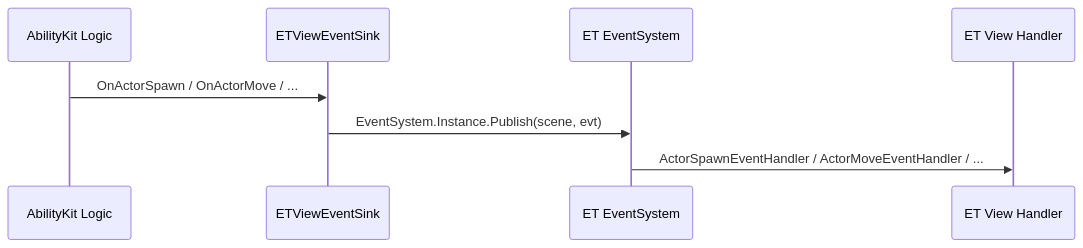
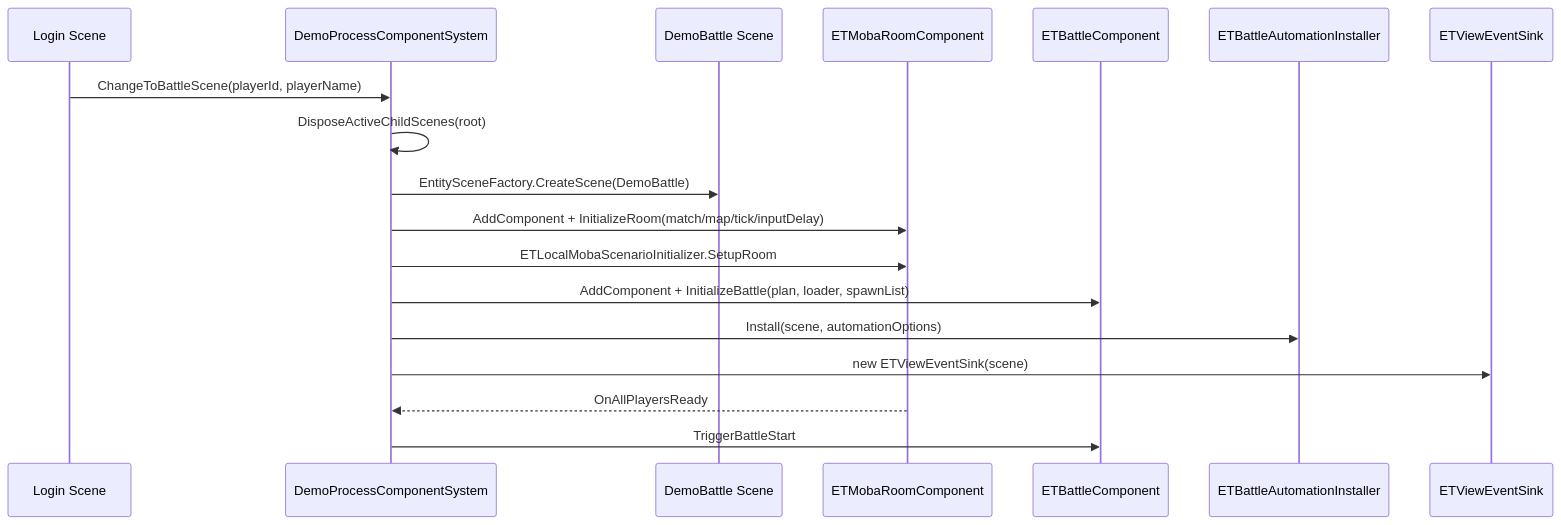
One commit to Kurumioi/AbilityKit changed the first of 9 diagrams in Docs/design/09-ImplementationExamples/02-ET Demo Analysis.md. Above: the diagram before and after it, drawn with Mermaid. The commit also changed other lines of this file and 389 other files, not shown here.

````diff
--- a/Docs/design/09-ImplementationExamples/02-ET Demo Analysis.md
+++ b/Docs/design/09-ImplementationExamples/02-ET Demo Analysis.md
@@ -56,11 +49,21 @@
 ```mermaid
 sequenceDiagram
-    participant Logic as AbilityKit Logic
-    participant Sink as ETViewEventSink
-    participant ET as ET EventSystem
-    participant View as ET View Handler
+    participant Login as Login Scene
+    participant Process as DemoProcessComponentSystem
+    participant Scene as DemoBattle Scene
+    participant Room as ETMobaRoomComponent
+    participant Battle as ETBattleComponent
+    participant Auto as ETBattleAutomationInstaller
+    participant View as ETViewEventSink
 
-    Logic->>Sink: OnActorSpawn / OnActorMove / ...
-    Sink->>ET: EventSystem.Instance.Publish(scene, evt)
-    ET->>View: ActorSpawnEventHandler / ActorMoveEventHandler / ...
+    Login->>Process: ChangeToBattleScene(playerId, playerName)
+    Process->>Process: DisposeActiveChildScenes(root)
+    Process->>Scene: EntitySceneFactory.CreateScene(DemoBattle)
+    Process->>Room: AddComponent + InitializeRoom(match/map/tick/inputDelay)
+    Process->>Room: ETLocalMobaScenarioInitializer.SetupRoom
+    Process->>Battle: AddComponent + InitializeBattle(plan, loader, spawnList)
+    Process->>Auto: Install(scene, automationOptions)
+    Process->>View: new ETViewEventSink(scene)
+    Room-->>Process: OnAllPlayersReady
+    Process->>Battle: TriggerBattleStart
 ```
````
